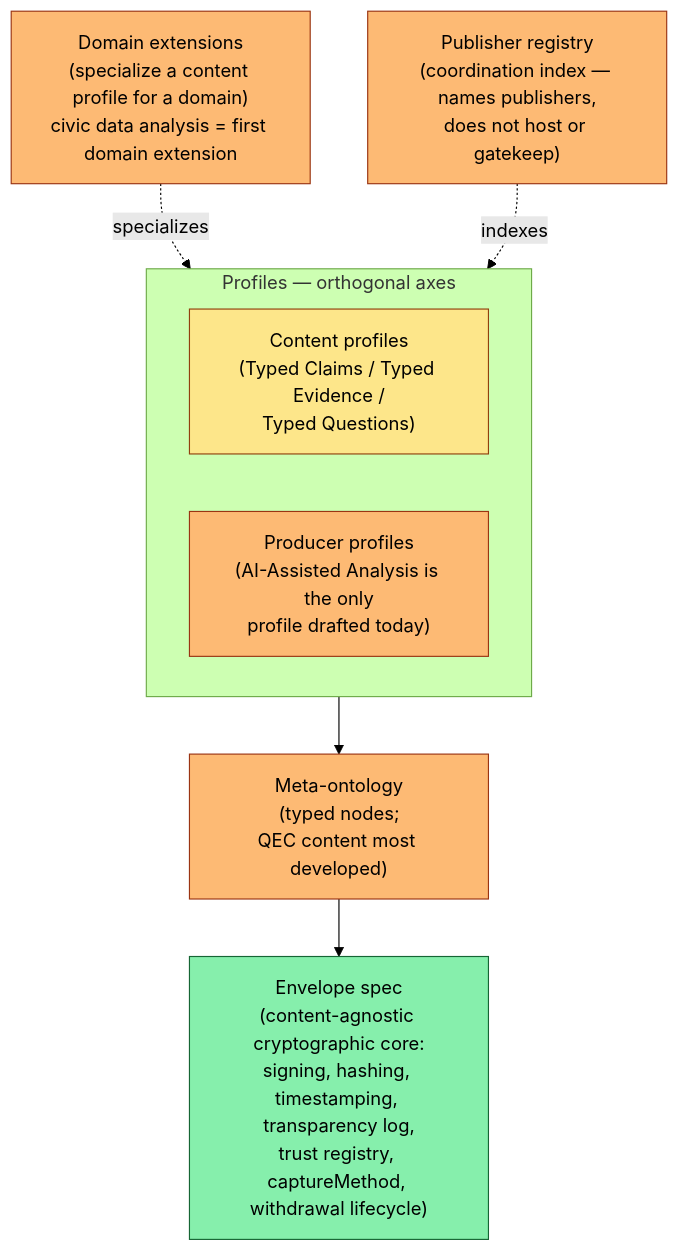
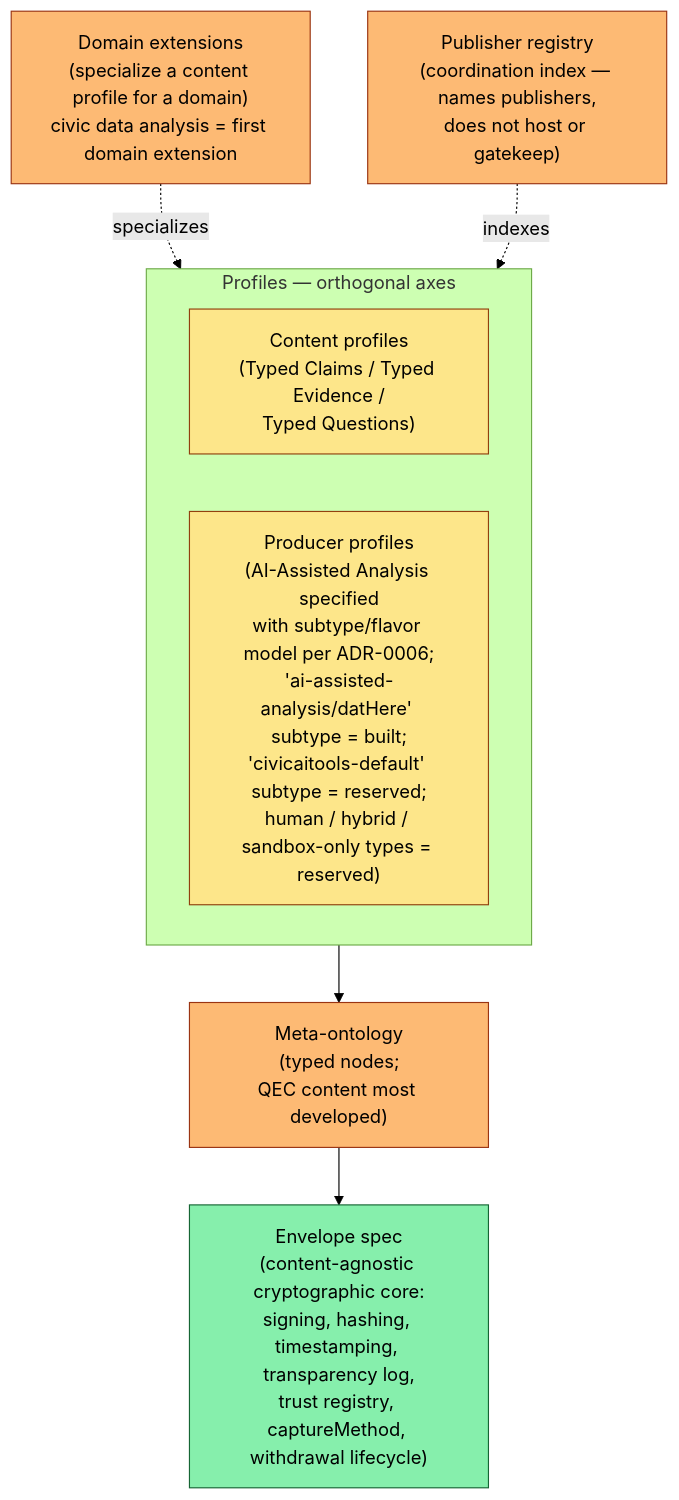
One commit to npstorey/civic-ai-tools changed the first of 4 diagrams in docs/architecture/typed-standards-proposal.md. Above: the diagram before and after it, drawn with Mermaid (forest theme). The commit also changed other lines of this file and 3 other files, not shown here.

````diff
--- a/docs/architecture/typed-standards-proposal.md
+++ b/docs/architecture/typed-standards-proposal.md
@@ -49,23 +49,23 @@
 ```mermaid
 flowchart TB
     REG["Publisher registry<br/>(coordination index — names publishers,<br/>does not host or gatekeep)"]:::reserved
     DX["Domain extensions<br/>(specialize a content profile for a domain)<br/>civic data analysis = first domain extension"]:::reserved
 
     subgraph PROF["Profiles — orthogonal axes"]
         direction LR
         CP["Content profiles<br/>(Typed Claims / Typed Evidence /<br/>Typed Questions)"]:::partial
-        PP["Producer profiles<br/>(AI-Assisted Analysis is the only<br/>profile drafted today)"]:::reserved
+        PP["Producer profiles<br/>(AI-Assisted Analysis specified<br/>with subtype/flavor model per ADR-0006;<br/>'ai-assisted-analysis/datHere' subtype = built;<br/>'civicaitools-default' subtype = reserved;<br/>human / hybrid / sandbox-only types = reserved)"]:::partial
     end
 
     META["Meta-ontology<br/>(typed nodes;<br/>QEC content most developed)"]:::reserved
     ENV["Envelope spec<br/>(content-agnostic cryptographic core:<br/>signing, hashing, timestamping, transparency log,<br/>trust registry, captureMethod, withdrawal lifecycle)"]:::built
 
     REG -.indexes.-> PROF
     DX -.specializes.-> CP
     PROF --> META
     META --> ENV
 
     classDef built fill:#86efac,stroke:#166534,color:#000
     classDef partial fill:#fde68a,stroke:#92400e,color:#000
     classDef reserved fill:#fdba74,stroke:#9a3412,color:#000
 ```
````
